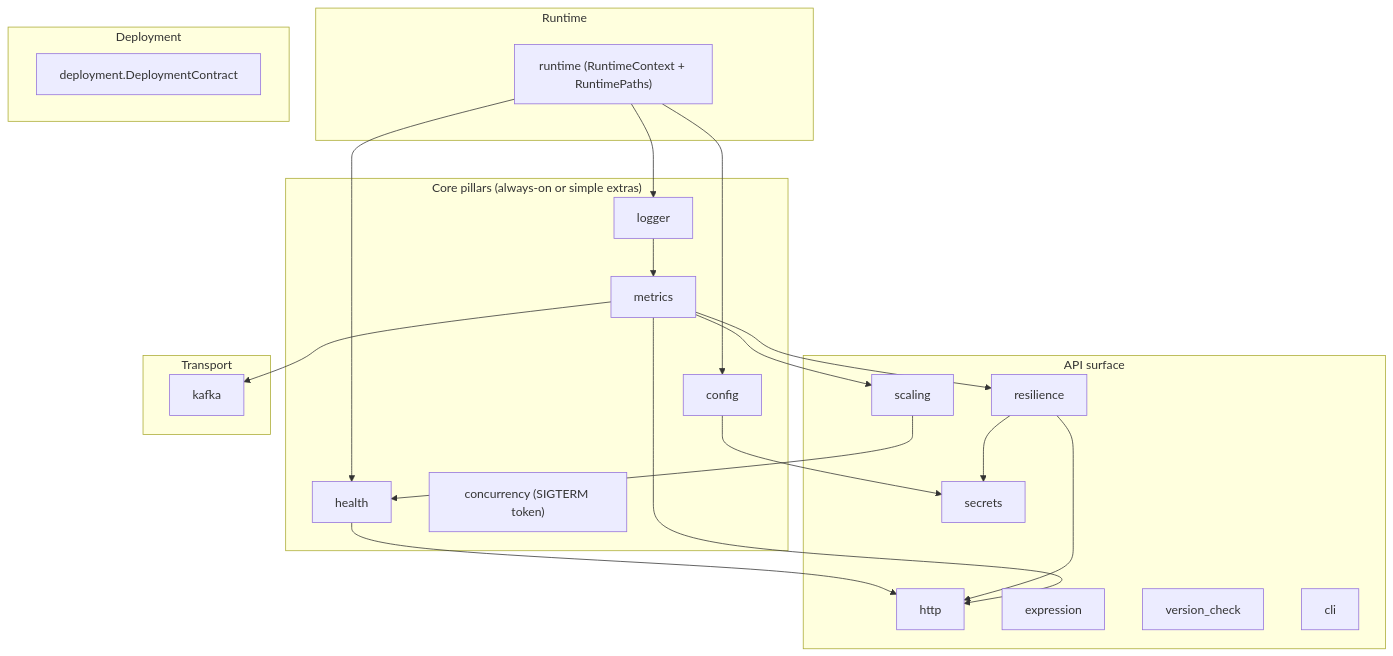
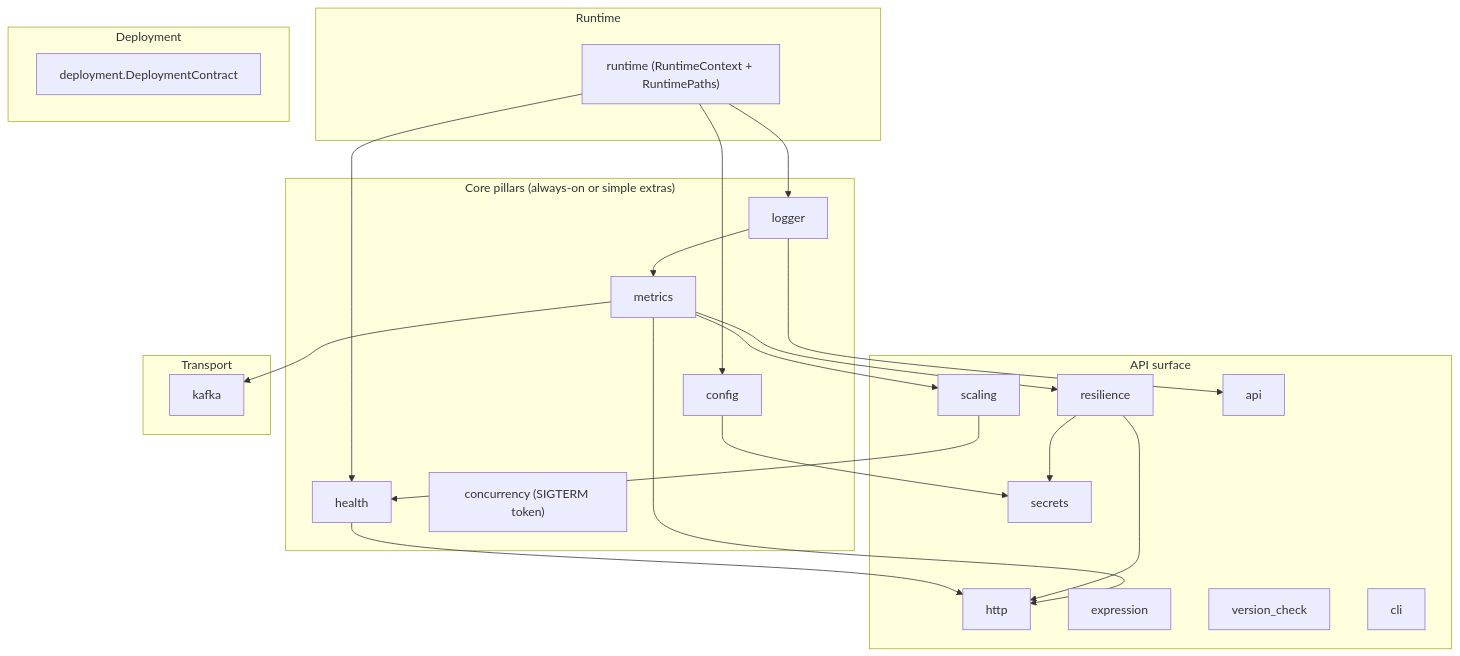
The diagram in docs/architecture.md (hyperi-io/scalo-py), drawn with Mermaid before and after one commit. The commit also changed other lines of this file and 25 other files, not shown here.

````diff
--- a/docs/architecture.md
+++ b/docs/architecture.md
@@ -36,51 +36,53 @@
 ```mermaid
 flowchart TB
     subgraph Pillars["Core pillars (always-on or simple extras)"]
         Config["config"]
         Logger["logger"]
         Metrics["metrics"]
         Health["health"]
         Shutdown["concurrency (SIGTERM token)"]
     end
 
     subgraph Runtime["Runtime"]
         Rt["runtime (RuntimeContext + RuntimePaths)"]
     end
 
     subgraph API["API surface"]
         HTTP["http"]
         Secrets["secrets"]
         Expr["expression"]
         Resil["resilience"]
         VC["version_check"]
         Scal["scaling"]
         CLI["cli"]
+        APIConv["api"]
     end
 
     subgraph Transport["Transport"]
         Kafka["kafka"]
     end
 
     subgraph Deploy["Deployment"]
         DC["deployment.DeploymentContract"]
     end
 
     Rt --> Config
     Rt --> Logger
     Rt --> Health
 
     Config --> Secrets
 
     Logger --> Metrics
 
     Metrics --> HTTP
     Metrics --> Kafka
     Metrics --> Resil
     Metrics --> Scal
 
     Resil --> HTTP
     Resil --> Secrets
 
     Health --> HTTP
     Scal --> Health
+    Logger --> APIConv
 ```
````
